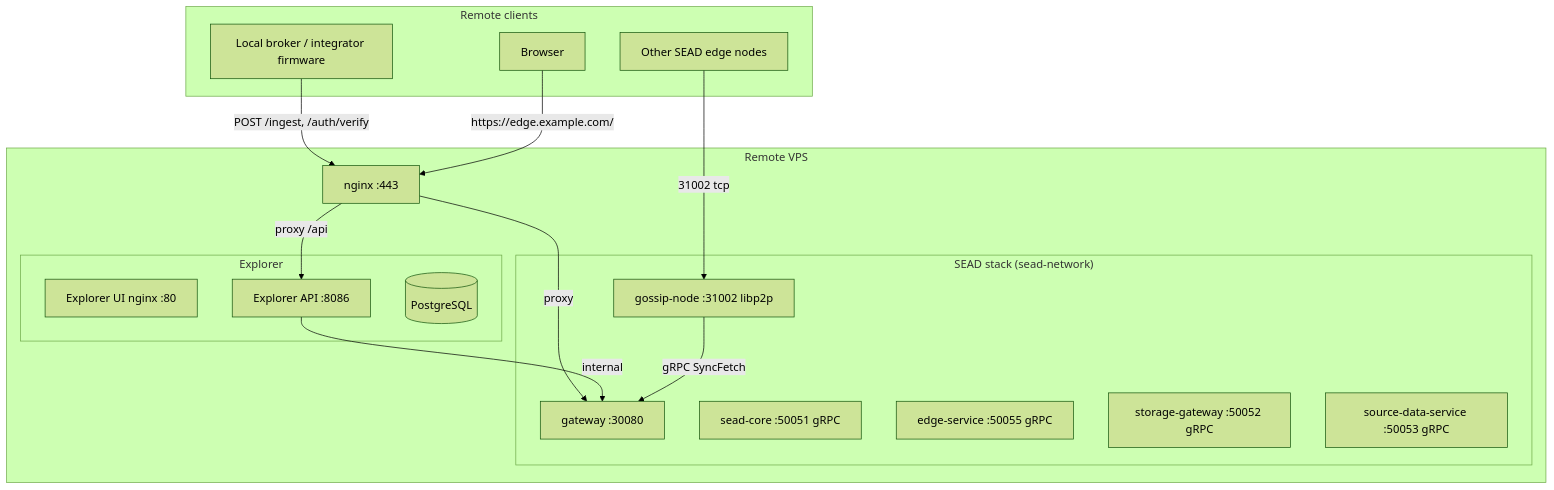
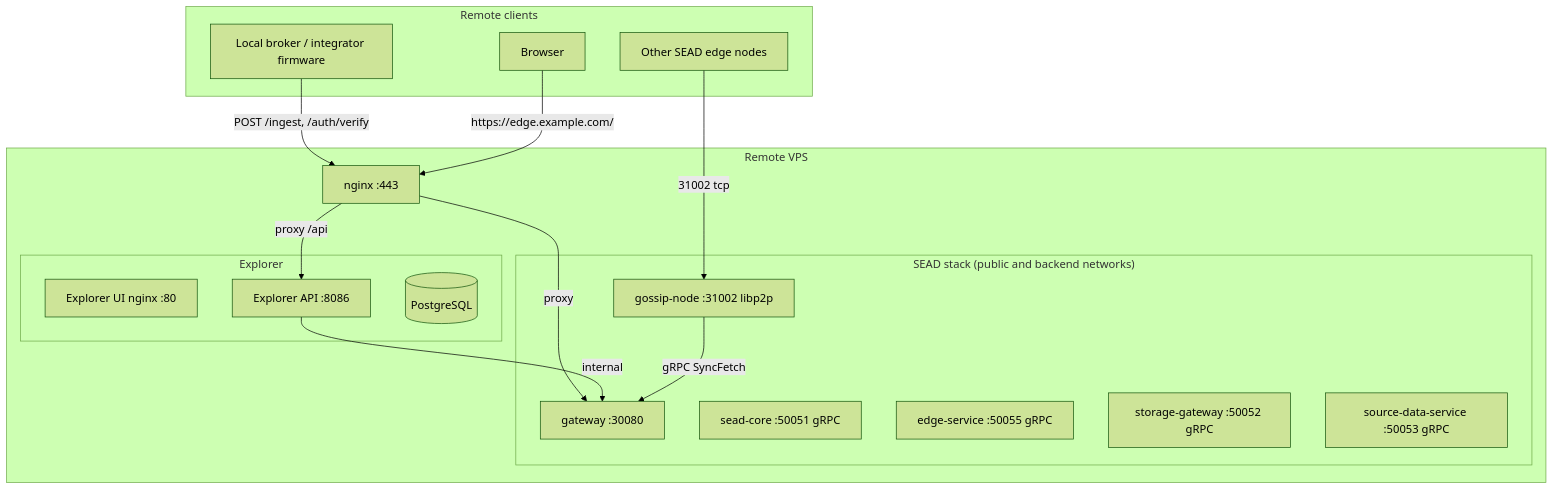
One commit to Stardome-technology/stardome-sead changed the diagram in docs/setup-vps.md. Above: the diagram before and after it, drawn with Mermaid (forest theme). The commit also changed other lines of this file and 6 other files, not shown here.

First line of the commit message:
feat(compose): split public and backend networks and guard the published ports (#48)

````diff
--- a/docs/setup-vps.md
+++ b/docs/setup-vps.md
@@ -18,33 +18,33 @@
 ```mermaid
 graph TB
     subgraph "Remote VPS"
-        subgraph "SEAD stack (sead-network)"
+        subgraph "SEAD stack (public and backend networks)"
             GW[gateway :30080]
             SC[sead-core :50051 gRPC]
             ES[edge-service :50055 gRPC]
             SG[storage-gateway :50052 gRPC]
             SD[source-data-service :50053 gRPC]
             GN[gossip-node :31002 libp2p]
         end
         subgraph "Explorer"
             UI[Explorer UI nginx :80]
             API[Explorer API :8086]
             DB[(PostgreSQL)]
         end
         NGINX[nginx :443]
     end
 
     subgraph "Remote clients"
         BR[Local broker / integrator firmware]
         OTH[Other SEAD edge nodes]
         BROWSER[Browser]
     end
 
     BR -->|"POST /ingest, /auth/verify"| NGINX
     NGINX -->|proxy| GW
     BROWSER -->|"https://edge.example.com/"| NGINX
     NGINX -->|proxy /api| API
     API -->|internal| GW
     OTH -->|"31002 tcp"| GN
     GN -->|"gRPC SyncFetch"| GW
 ```
````
